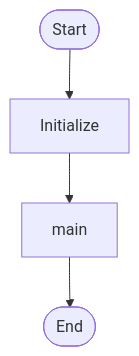
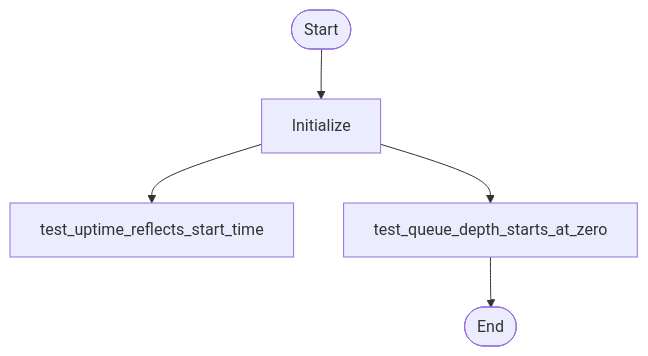
The first of 8 diagrams in docs/auto/ARCHITECTURE_AUTO.md (zepfu/llama-gguf-inference), drawn with Mermaid before and after one commit. The commit also changed other lines of this file and 2 other files, not shown here.

````diff
--- a/docs/auto/ARCHITECTURE_AUTO.md
+++ b/docs/auto/ARCHITECTURE_AUTO.md
@@ -27,6 +27,7 @@
 ```mermaid
 flowchart TD
     Start([Start]) --> Init[Initialize]
-    Init --> main[main]
-    main --> End([End])
+    Init --> testuptimereflectsstarttime[test_uptime_reflects_start_time]
+    Init --> testqueuedepthstartsatzero[test_queue_depth_starts_at_zero]
+    testqueuedepthstartsatzero --> End([End])
 ```
````
